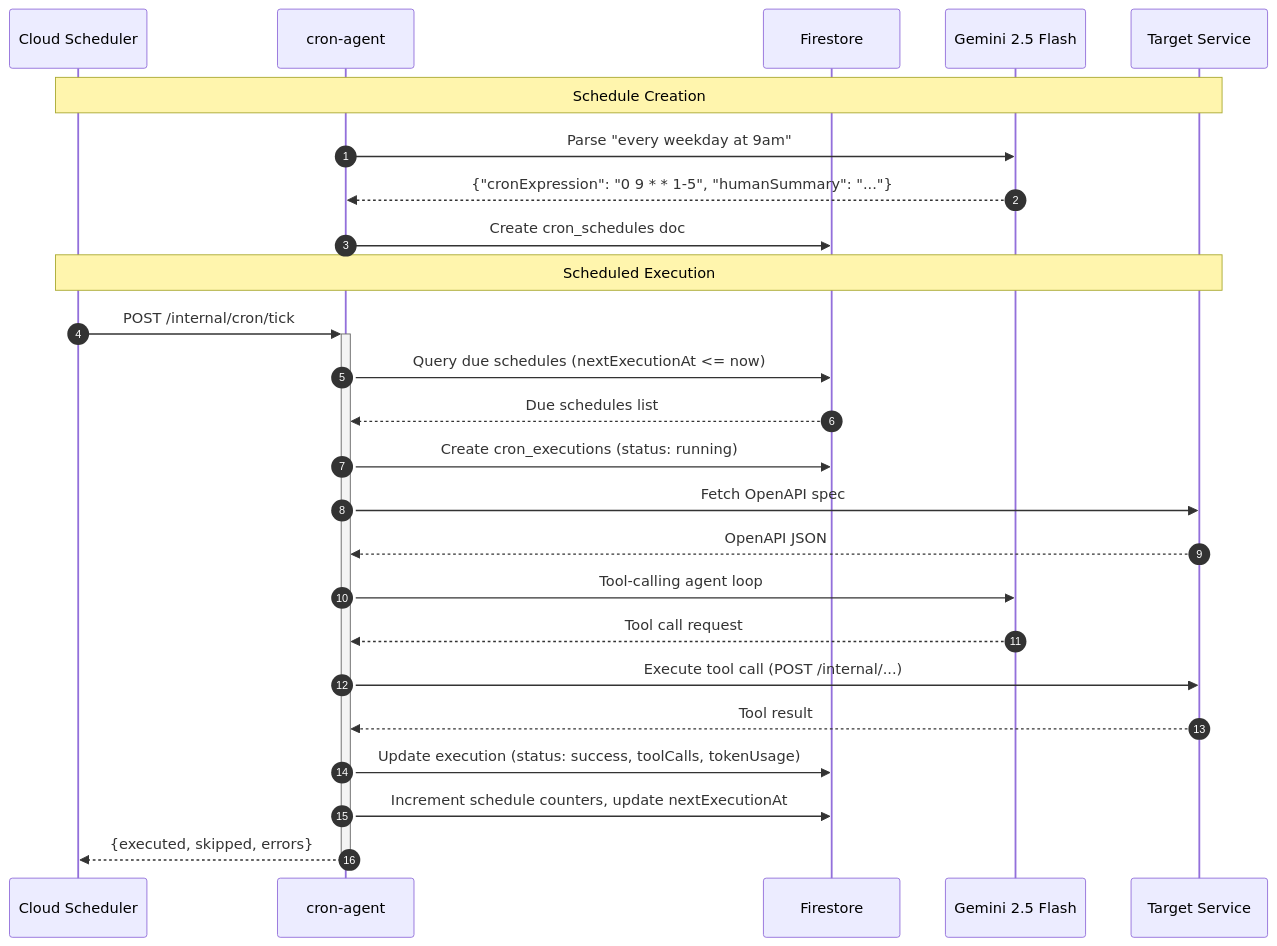
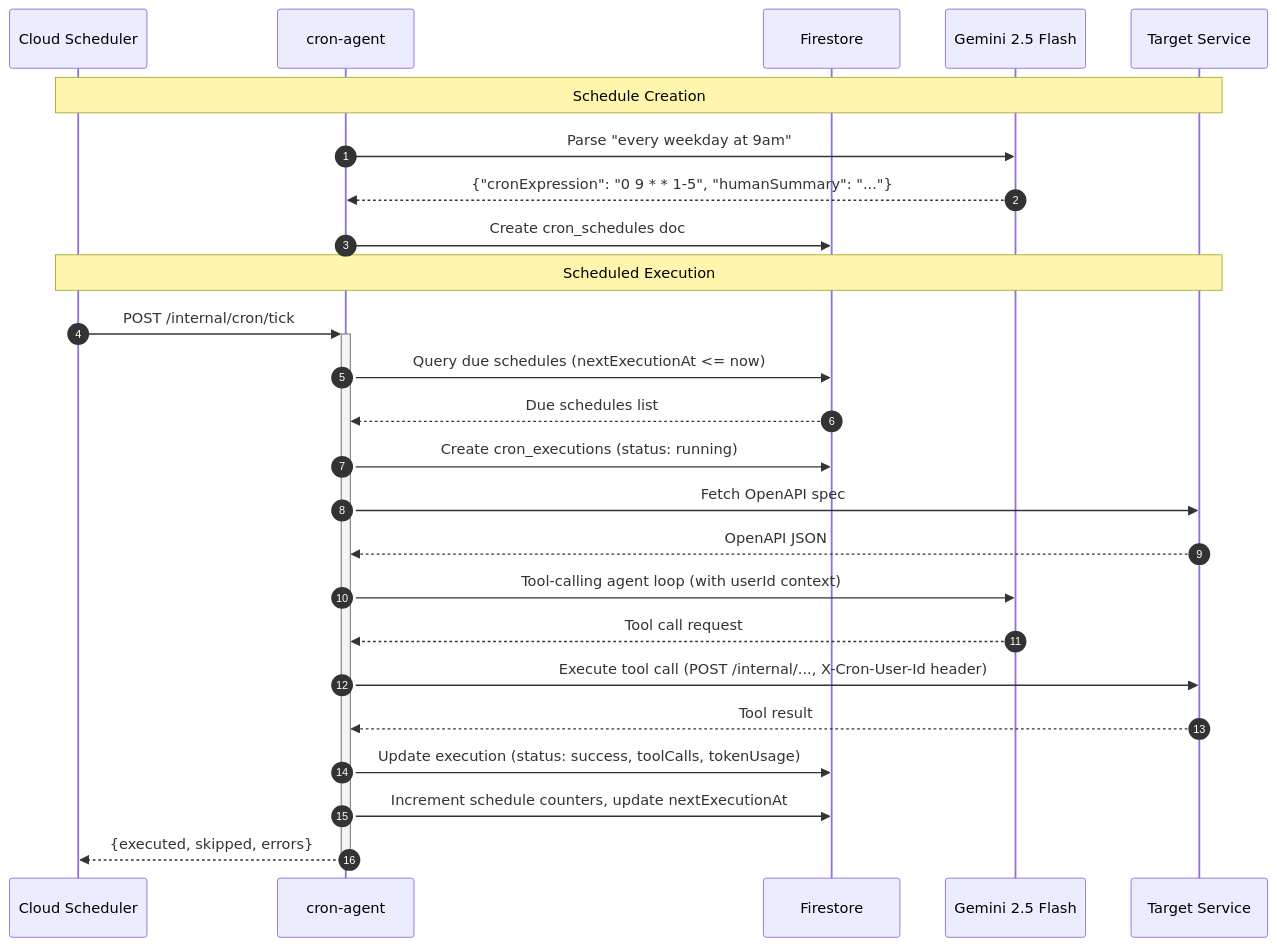
One commit to pbuchman/intexuraos changed the second of 2 diagrams in docs/services/cron-agent/technical.md. Above: the diagram before and after it, drawn with Mermaid. The commit also changed other lines of this file and 154 other files, not shown here.

````diff
--- a/docs/services/cron-agent/technical.md
+++ b/docs/services/cron-agent/technical.md
@@ -57,29 +57,29 @@
 ```mermaid
 sequenceDiagram
     autonumber
     participant Scheduler as Cloud Scheduler
     participant CronAgent as cron-agent
     participant Firestore
     participant Gemini as Gemini 2.5 Flash
     participant Target as Target Service
 
     Note over Scheduler,Target: Schedule Creation
     CronAgent->>Gemini: Parse "every weekday at 9am"
     Gemini-->>CronAgent: {"cronExpression": "0 9 * * 1-5", "humanSummary": "..."}
     CronAgent->>Firestore: Create cron_schedules doc
 
     Note over Scheduler,Target: Scheduled Execution
     Scheduler->>+CronAgent: POST /internal/cron/tick
     CronAgent->>Firestore: Query due schedules (nextExecutionAt <= now)
     Firestore-->>CronAgent: Due schedules list
     CronAgent->>Firestore: Create cron_executions (status: running)
     CronAgent->>Target: Fetch OpenAPI spec
     Target-->>CronAgent: OpenAPI JSON
-    CronAgent->>Gemini: Tool-calling agent loop
+    CronAgent->>Gemini: Tool-calling agent loop (with userId context)
     Gemini-->>CronAgent: Tool call request
-    CronAgent->>Target: Execute tool call (POST /internal/...)
+    CronAgent->>Target: Execute tool call (POST /internal/..., X-Cron-User-Id header)
     Target-->>CronAgent: Tool result
     CronAgent->>Firestore: Update execution (status: success, toolCalls, tokenUsage)
     CronAgent->>Firestore: Increment schedule counters, update nextExecutionAt
     CronAgent-->>-Scheduler: {executed, skipped, errors}
 ```
````
